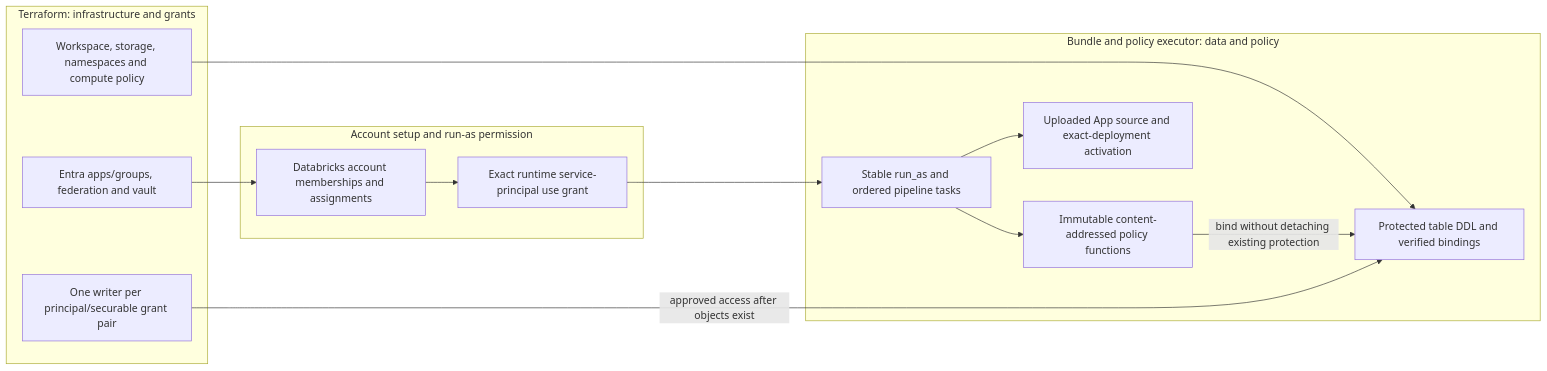
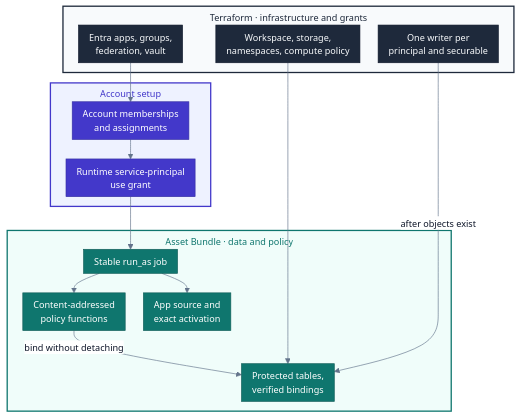
One commit to botlhale/sovereign-shield changed the second of 5 diagrams in docs/ARCHITECTURE_DIAGRAMS.md. Above: the diagram before and after it, drawn with Mermaid. The commit also changed other lines of this file and 73 other files, not shown here.

````diff
--- a/docs/ARCHITECTURE_DIAGRAMS.md
+++ b/docs/ARCHITECTURE_DIAGRAMS.md
@@ -62,24 +79,31 @@
 ```mermaid
-flowchart LR
-    subgraph TF["Terraform: infrastructure and grants"]
-        ID["Entra apps/groups, federation and vault"]
-        INFRA["Workspace, storage, namespaces and compute policy"]
-        GRANTS["One writer per principal/securable grant pair"]
+%%{init: {"theme": "base", "themeVariables": {"fontFamily": "Inter, Segoe UI, Helvetica, Arial, sans-serif", "fontSize": "14px", "lineColor": "#64748B", "primaryTextColor": "#0F172A", "edgeLabelBackground": "#FFFFFF"}, "flowchart": {"nodeSpacing": 28, "rankSpacing": 30, "padding": 8, "curve": "basis", "subGraphTitleMargin": {"top": 6, "bottom": 8}}}}%%
+flowchart TB
+    subgraph TF["Terraform · infrastructure and grants"]
+        ID["Entra apps, groups,<br/>federation, vault"]
+        INFRA["Workspace, storage,<br/>namespaces, compute policy"]
+        GRANTS["One writer per<br/>principal and securable"]
     end
-    subgraph ACCOUNT["Account setup and run-as permission"]
-        MEMBERS["Databricks account memberships and assignments"]
-        RUNAS["Exact runtime service-principal use grant"]
+    subgraph ACCT["Account setup"]
+        MEMBERS["Account memberships<br/>and assignments"] --> RUNAS["Runtime service-principal<br/>use grant"]
     end
-    subgraph BUNDLE["Bundle and policy executor: data and policy"]
-        JOB["Stable run_as and ordered pipeline tasks"]
-        FUNCTIONS["Immutable content-addressed policy functions"]
-        TABLES["Protected table DDL and verified bindings"]
-        APP["Uploaded App source and exact-deployment activation"]
+    subgraph BUNDLE["Asset Bundle · data and policy"]
+        JOB["Stable run_as job"] --> FUNCS["Content-addressed<br/>policy functions"]
+        JOB --> APPSRC["App source and<br/>exact activation"]
+        FUNCS -->|bind without detaching| TABLES["Protected tables,<br/>verified bindings"]
     end
-    ID --> MEMBERS --> RUNAS --> JOB
+    ID --> MEMBERS
+    RUNAS --> JOB
     INFRA --> TABLES
-    FUNCTIONS -->|bind without detaching existing protection| TABLES
-    GRANTS -->|approved access after objects exist| TABLES
-    JOB --> FUNCTIONS
-    JOB --> APP
+    GRANTS -->|after objects exist| TABLES
+
+    classDef slate fill:#1E293B,stroke:#0F172A,color:#F8FAFC
+    classDef indigo fill:#4338CA,stroke:#3730A3,color:#FFFFFF
+    classDef teal fill:#0F766E,stroke:#115E59,color:#FFFFFF
+    class ID,INFRA,GRANTS slate
+    class MEMBERS,RUNAS indigo
+    class JOB,FUNCS,TABLES,APPSRC teal
+    style TF fill:#F8FAFC,stroke:#1E293B,stroke-width:2px,color:#1E293B
+    style ACCT fill:#EEF2FF,stroke:#4338CA,stroke-width:2px,color:#4338CA
+    style BUNDLE fill:#F0FDFA,stroke:#0F766E,stroke-width:2px,color:#0F766E
 ```
````
